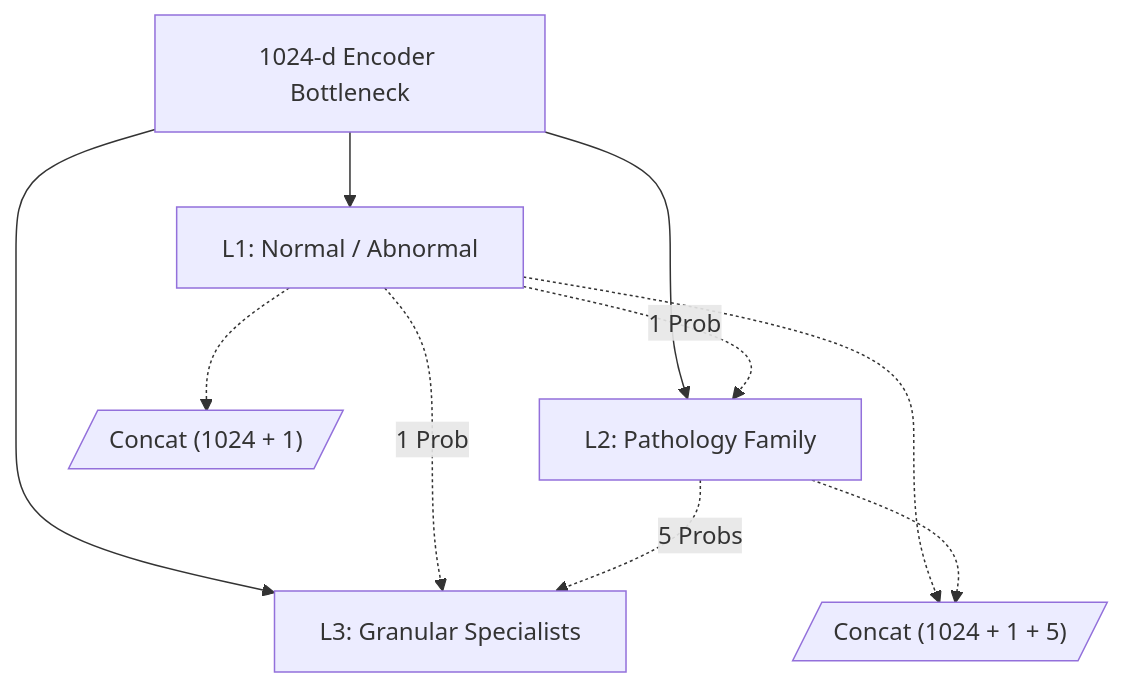
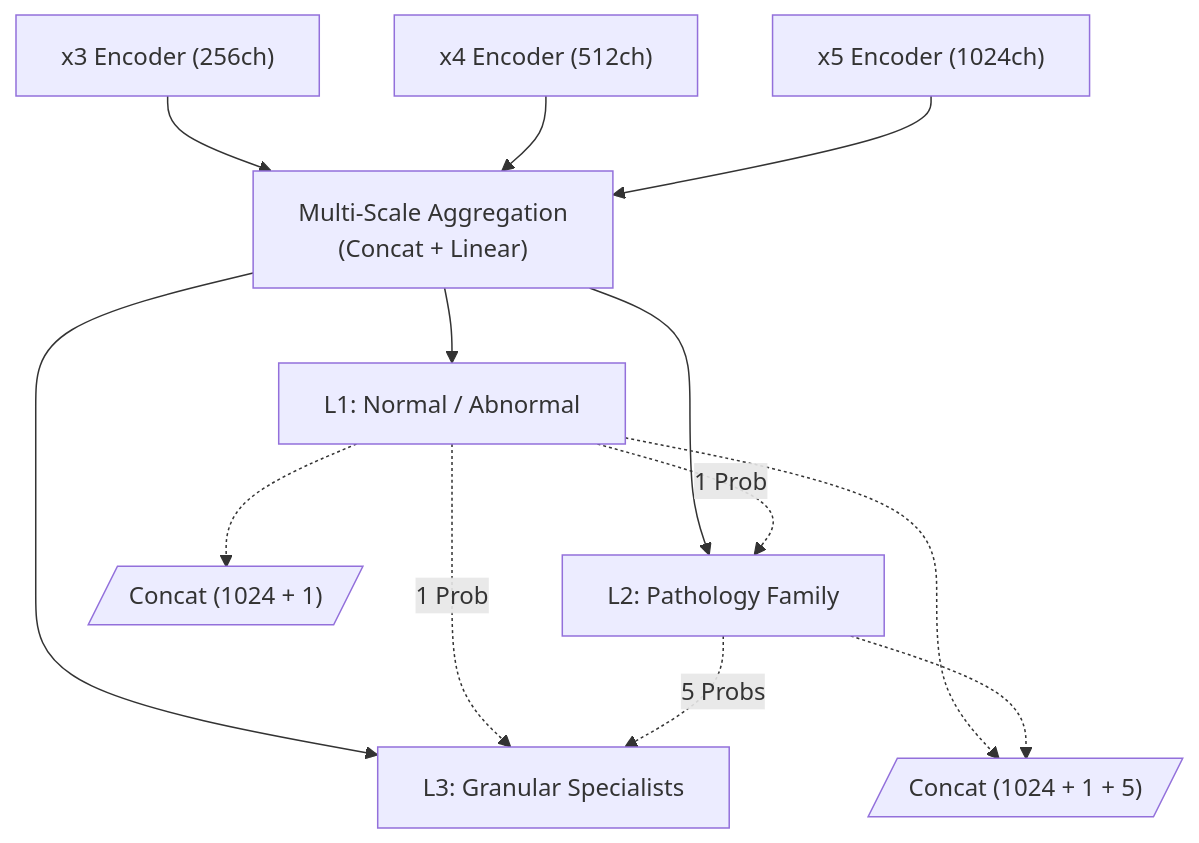
The second of 5 diagrams in frontend/public/docs_content/models/segmentation/architecture.md (Nikhil-Mundhra/OCT-Analyser-Capstone), drawn with Mermaid before and after one commit. The commit also changed other lines of this file and 86 other files, not shown here.

````diff
--- a/frontend/public/docs_content/models/segmentation/architecture.md
+++ b/frontend/public/docs_content/models/segmentation/architecture.md
@@ -109,17 +109,21 @@
 ```mermaid
 flowchart TD
-    B["1024-d Encoder Bottleneck"] --> L1["L1: Normal / Abnormal"]
-    B --> L2["L2: Pathology Family"]
-    B --> L3["L3: Granular Specialists"]
+    d3["x3 Encoder (256ch)"] --> agg["Multi-Scale Aggregation\n(Concat + Linear)"]
+    d4["x4 Encoder (512ch)"] --> agg
+    d5["x5 Encoder (1024ch)"] --> agg
+    
+    agg --> L1["L1: Normal / Abnormal"]
+    agg --> L2["L2: Pathology Family"]
+    agg --> L3["L3: Granular Specialists"]
     
     L1 -.->|1 Prob| L2
     L1 -.->|1 Prob| L3
     L2 -.->|5 Probs| L3
     
     L2_cat[/"Concat (1024 + 1)"/]
     L3_cat[/"Concat (1024 + 1 + 5)"/]
     
     L1 -.-> L2_cat
     L1 -.-> L3_cat
     L2 -.-> L3_cat
 ```
````
